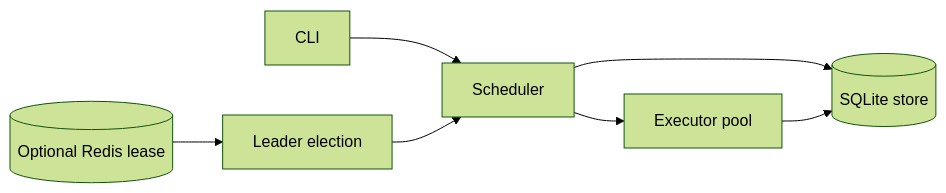
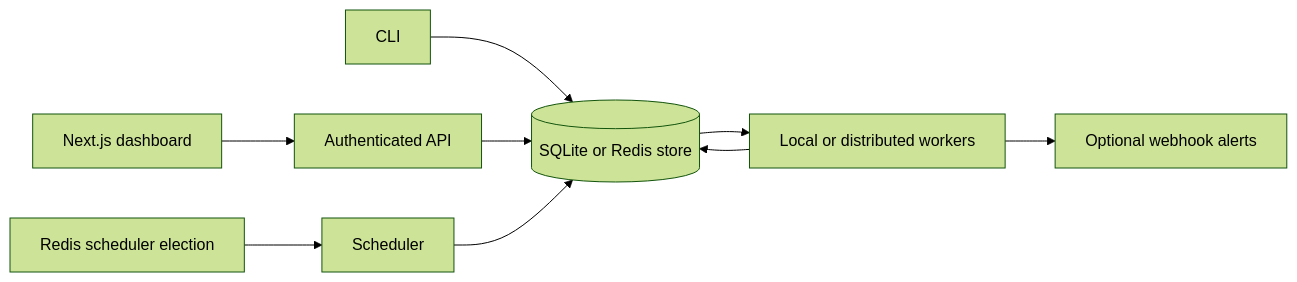
One commit to AqViolet/aqs-schedular changed the diagram in README.md. Above: the diagram before and after it, drawn with Mermaid (forest theme). The commit also changed other lines of this file, not shown here.

Commit message:
docs: document distributed mode

````diff
--- a/README.md
+++ b/README.md
@@ -32,9 +32,11 @@
 ```mermaid
 flowchart LR
-    CLI[CLI] --> Scheduler[Scheduler]
-    Redis[(Optional Redis lease)] --> Leader[Leader election]
-    Leader --> Scheduler
-    Scheduler --> Executor[Executor pool]
-    Scheduler --> Store[(SQLite store)]
-    Executor --> Store
+    Dashboard[Next.js dashboard] --> API[Authenticated API]
+    CLI[CLI] --> Store[(SQLite or Redis store)]
+    API --> Store
+    Leader[Redis scheduler election] --> Scheduler[Scheduler]
+    Scheduler --> Store
+    Store --> Workers[Local or distributed workers]
+    Workers --> Store
+    Workers --> Alerts[Optional webhook alerts]
 ```
````
